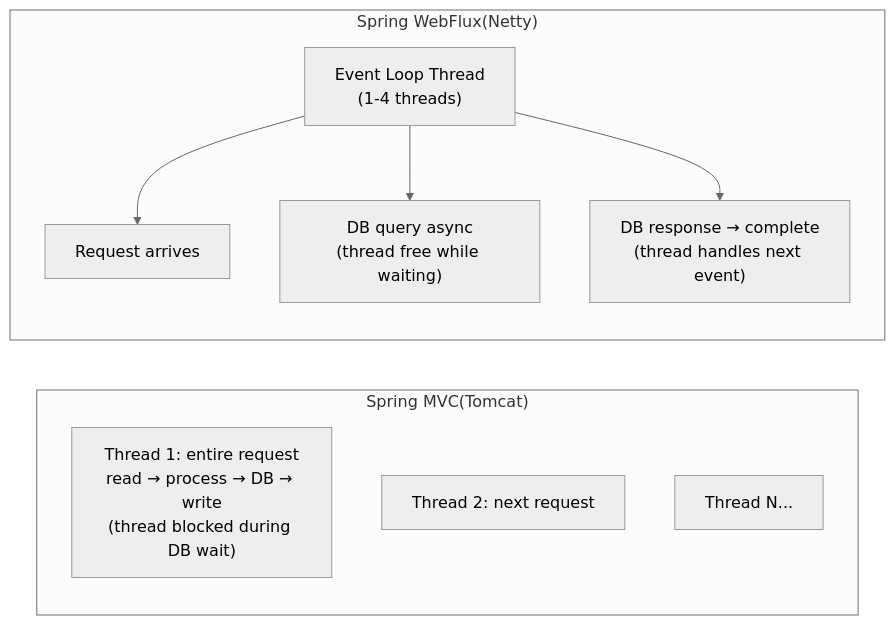
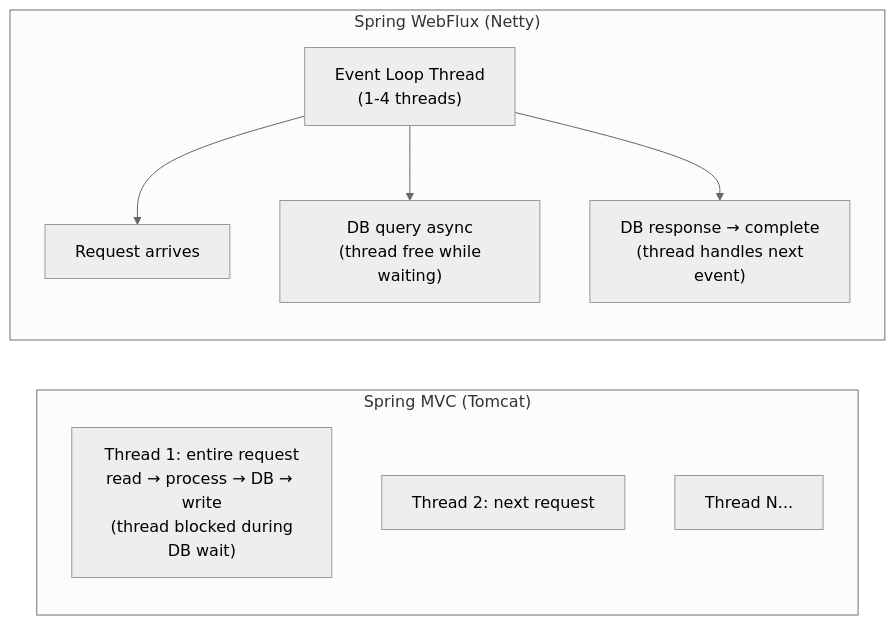
Before and after one commit to pploc/swe-icon-the-moment: the diagram in content/questions/language/java/spring-webflux.md, drawn with Mermaid (neutral theme). The commit also changed 95 other files, not shown here.

Commit message:
fix: update the practice mode diagram bug not display

````diff
--- a/content/questions/language/java/spring-webflux.md
+++ b/content/questions/language/java/spring-webflux.md
@@ -18,19 +18,20 @@
 ```mermaid
 flowchart LR
-    subgraph MVC["Spring MVC(Tomcat)"]
+    subgraph MVC ["Spring MVC (Tomcat)"]
         direction TB
-        T1["Thread 1: entire request\nread → process → DB → write\n(thread blocked during DB wait)"]
+        T1["Thread 1: entire request\nread → process → DB → write\n (thread blocked during DB wait)"]
         T2["Thread 2: next request"]
         T3["Thread N..."]
     end
-    subgraph WebFlux["Spring WebFlux(Netty)"]
+    subgraph WebFlux ["Spring WebFlux (Netty)"]
         direction TB
-        EL["Event Loop Thread\n(1-4 threads)"]
+        EL["Event Loop Thread\n (1-4 threads)"]
         EL --> R1["Request arrives"]
-        EL --> R2["DB query async\n(thread free while waiting)"]
-        EL --> R3["DB response → complete\n(thread handles next event)"]
+        EL --> R2["DB query async\n (thread free while waiting)"]
+        EL --> R3["DB response → complete\n (thread handles next event)"]
     end
 
 
 
+
 ```
````
